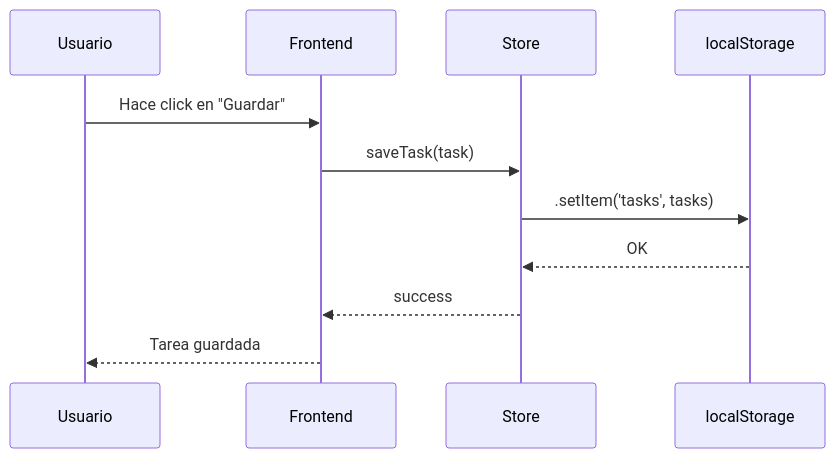
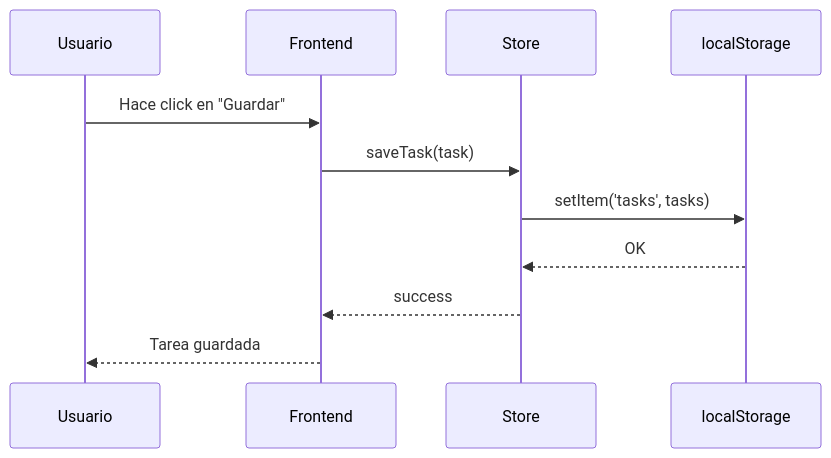
The third of 9 diagrams in src/content/docs/guia-didactica/proyecto-2/uds/u2-6-diagramas/06-mermaid.mdx (sergarb1/ApuntesProyectoDAW), drawn with Mermaid before and after one commit. The commit also changed 64 other files, not shown here.

````diff
--- a/src/content/docs/guia-didactica/proyecto-2/uds/u2-6-diagramas/06-mermaid.mdx
+++ b/src/content/docs/guia-didactica/proyecto-2/uds/u2-6-diagramas/06-mermaid.mdx
@@ -65,14 +65,14 @@
 ```mermaid
 sequenceDiagram
     participant U as Usuario
     participant V as Frontend
     participant S as Store
     participant L as localStorage
 
     U->>V: Hace click en "Guardar"
     V->>S: saveTask(task)
-    S->>L:.setItem('tasks', tasks)
+    S->>L: setItem('tasks', tasks)
     L-->>S: OK
     S-->>V: success
     V-->>U: Tarea guardada
 ```
````
